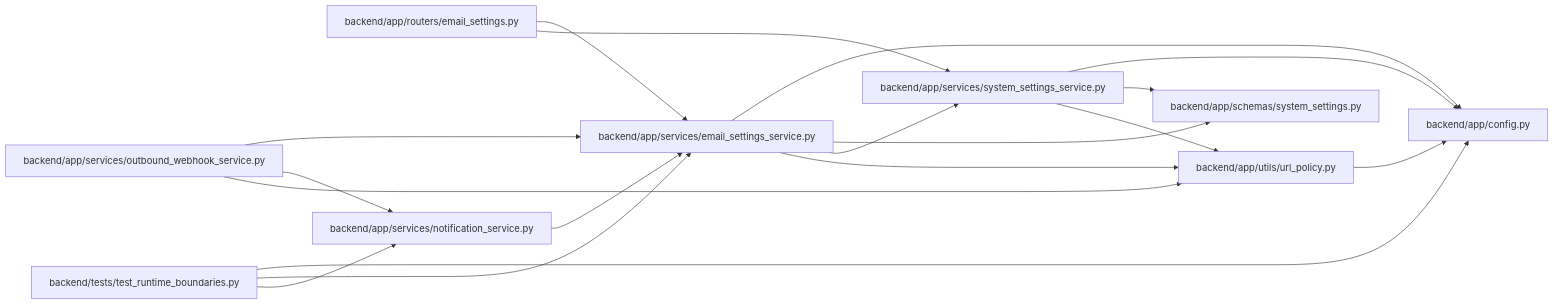
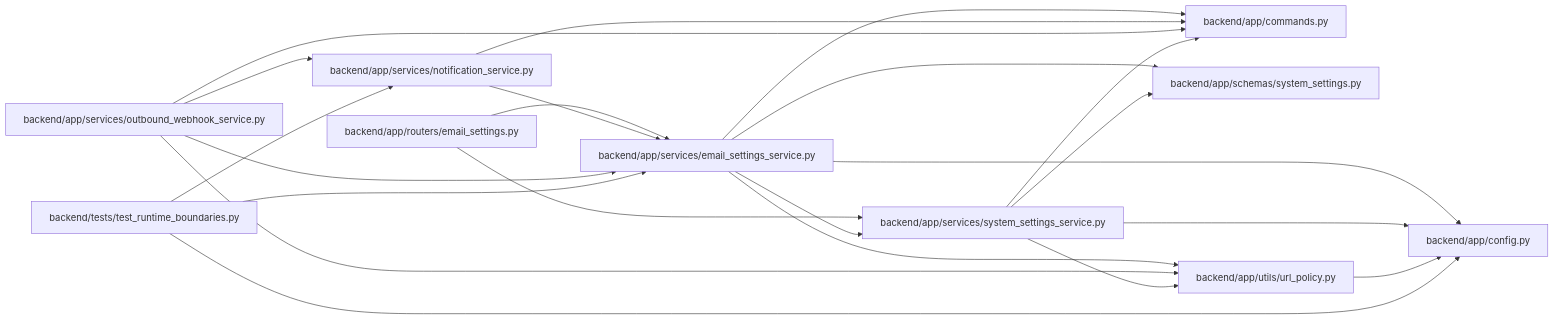
One commit to Denissvgn/WorkChord changed the diagram in docs/llm_wiki/modules/email_settings_service.md. Above: the diagram before and after it, drawn with Mermaid. The commit also changed other lines of this file and 958 other files, not shown here.

First line of the commit message:
docs(wiki): refresh identity and recovery architecture

````diff
--- a/docs/llm_wiki/modules/email_settings_service.md
+++ b/docs/llm_wiki/modules/email_settings_service.md
@@ -29,38 +30,44 @@
 ```mermaid
 flowchart LR
-    n0["backend/app/config.py"]
-    n1["backend/app/routers/email_settings.py"]
-    n2["backend/app/schemas/system_settings.py"]
-    n3["backend/app/services/email_settings_service.py"]
-    n4["backend/app/services/notification_service.py"]
-    n5["backend/app/services/outbound_webhook_service.py"]
-    n6["backend/app/services/system_settings_service.py"]
-    n7["backend/app/utils/url_policy.py"]
-    n8["backend/tests/test_runtime_boundaries.py"]
-    n1 --> n3
-    n1 --> n6
-    n3 --> n0
-    n3 --> n2
-    n3 --> n6
-    n3 --> n7
+    n0["backend/app/commands.py"]
+    n1["backend/app/config.py"]
+    n2["backend/app/routers/email_settings.py"]
+    n3["backend/app/schemas/system_settings.py"]
+    n4["backend/app/services/email_settings_service.py"]
+    n5["backend/app/services/notification_service.py"]
+    n6["backend/app/services/outbound_webhook_service.py"]
+    n7["backend/app/services/system_settings_service.py"]
+    n8["backend/app/utils/url_policy.py"]
+    n9["backend/tests/test_runtime_boundaries.py"]
+    n2 --> n4
+    n2 --> n7
+    n4 --> n0
+    n4 --> n1
     n4 --> n3
-    n5 --> n3
+    n4 --> n7
+    n4 --> n8
+    n5 --> n0
     n5 --> n4
-    n5 --> n7
     n6 --> n0
-    n6 --> n2
-    n6 --> n7
+    n6 --> n4
+    n6 --> n5
+    n6 --> n8
     n7 --> n0
-    n8 --> n0
-    n8 --> n3
-    n8 --> n4
-    click n0 "../modules/config.md"
-    click n1 "../modules/routers_email_settings.md"
-    click n2 "../modules/schemas_system_settings.md"
-    click n3 "../modules/email_settings_service.md"
-    click n4 "../modules/notification_service.md"
-    click n5 "../modules/outbound_webhook_service.md"
-    click n6 "../modules/system_settings_service.md"
-    click n7 "../modules/url_policy.md"
-    click n8 "../modules/test_runtime_boundaries.md"
+    n7 --> n1
+    n7 --> n3
+    n7 --> n8
+    n8 --> n1
+    n9 --> n1
+    n9 --> n4
+    n9 --> n5
+    click n0 "../modules/commands.md"
+    click n1 "../modules/config.md"
+    click n2 "../modules/routers_email_settings.md"
+    click n3 "../modules/schemas_system_settings.md"
+    click n4 "../modules/email_settings_service.md"
+    click n5 "../modules/notification_service.md"
+    click n6 "../modules/outbound_webhook_service.md"
+    click n7 "../modules/system_settings_service.md"
+    click n8 "../modules/url_policy.md"
+    click n9 "../modules/test_runtime_boundaries.md"
 ```
````
